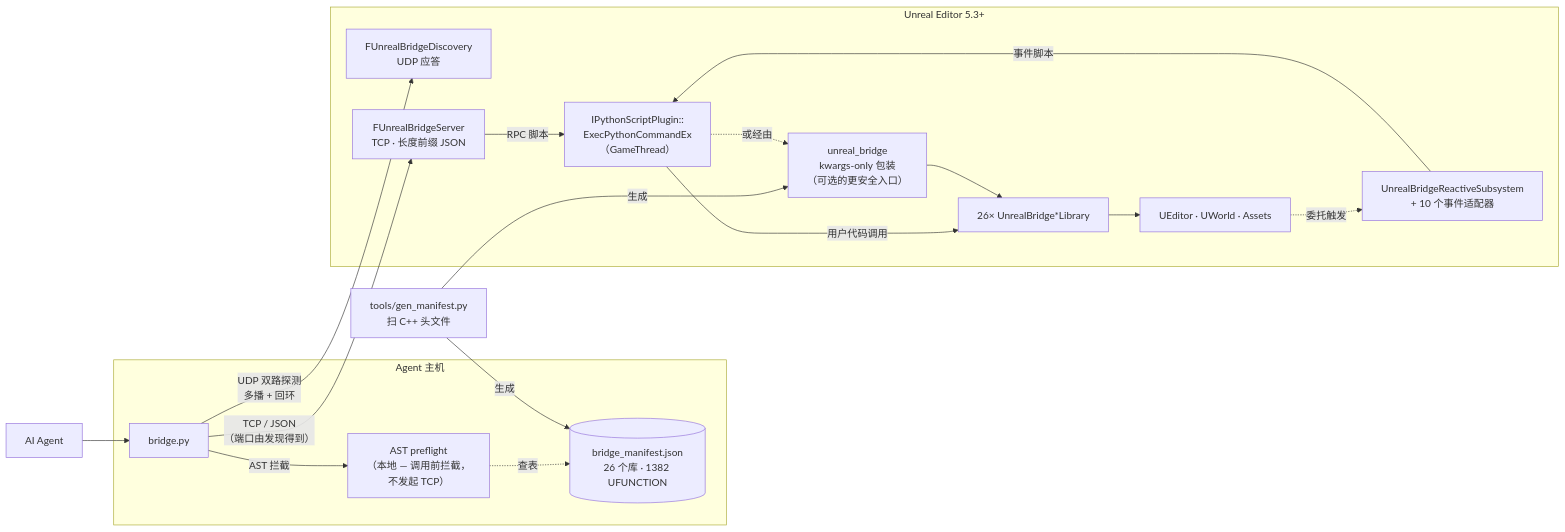
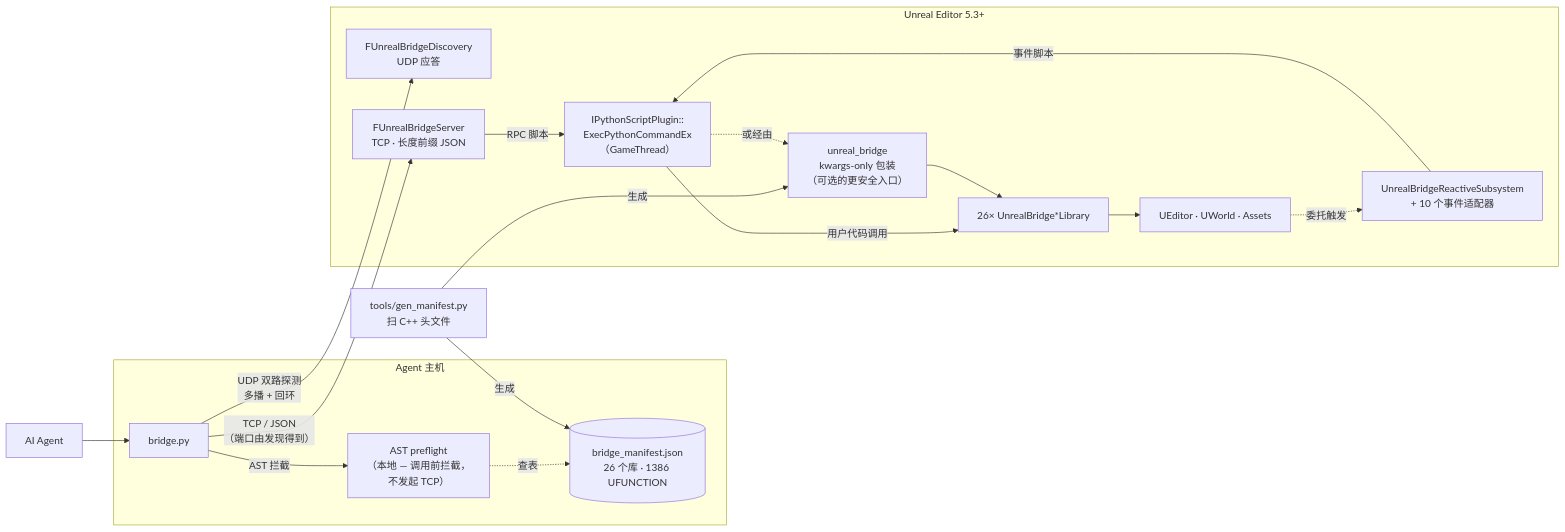
One commit to TornLux/UnrealBridge changed the diagram in README.zh-CN.md. Above: the diagram before and after it, drawn with Mermaid. The commit also changed other lines of this file and 20 other files, not shown here.

````diff
--- a/README.zh-CN.md
+++ b/README.zh-CN.md
@@ -45,40 +45,40 @@
 ```mermaid
 flowchart LR
     Agent["AI Agent"]
 
     subgraph Host["Agent 主机"]
       CLI["bridge.py"]
       Pre["AST preflight<br/>（本地 — 调用前拦截，<br/>不发起 TCP）"]
-      Mani[("bridge_manifest.json<br/>26 个库 · 1382 UFUNCTION")]
+      Mani[("bridge_manifest.json<br/>26 个库 · 1386 UFUNCTION")]
     end
 
     Gen["tools/gen_manifest.py<br/>扫 C++ 头文件"]
 
     subgraph UE["Unreal Editor 5.3+"]
       Disc["FUnrealBridgeDiscovery<br/>UDP 应答"]
       Server["FUnrealBridgeServer<br/>TCP · 长度前缀 JSON"]
       Reactive["UnrealBridgeReactiveSubsystem<br/>+ 10 个事件适配器"]
       Exec["IPythonScriptPlugin::<br/>ExecPythonCommandEx<br/>（GameThread）"]
       Wrap["unreal_bridge<br/>kwargs-only 包装<br/>（可选的更安全入口）"]
       Libs["26× UnrealBridge*Library"]
       Engine["UEditor · UWorld · Assets"]
     end
 
     Agent --> CLI
     CLI -- "AST 拦截" --> Pre
     Pre -. "查表" .-> Mani
 
     Gen -- "生成" --> Mani
     Gen -- "生成" --> Wrap
 
     CLI -- "UDP 双路探测<br/>多播 + 回环" --> Disc
     CLI -- "TCP / JSON<br/>（端口由发现得到）" --> Server
     Server -- "RPC 脚本" --> Exec
     Engine -. "委托触发" .-> Reactive
     Reactive -- "事件脚本" --> Exec
 
     Exec -- "用户代码调用" --> Libs
     Exec -. "或经由" .-> Wrap
     Wrap --> Libs
     Libs --> Engine
 ```
````
